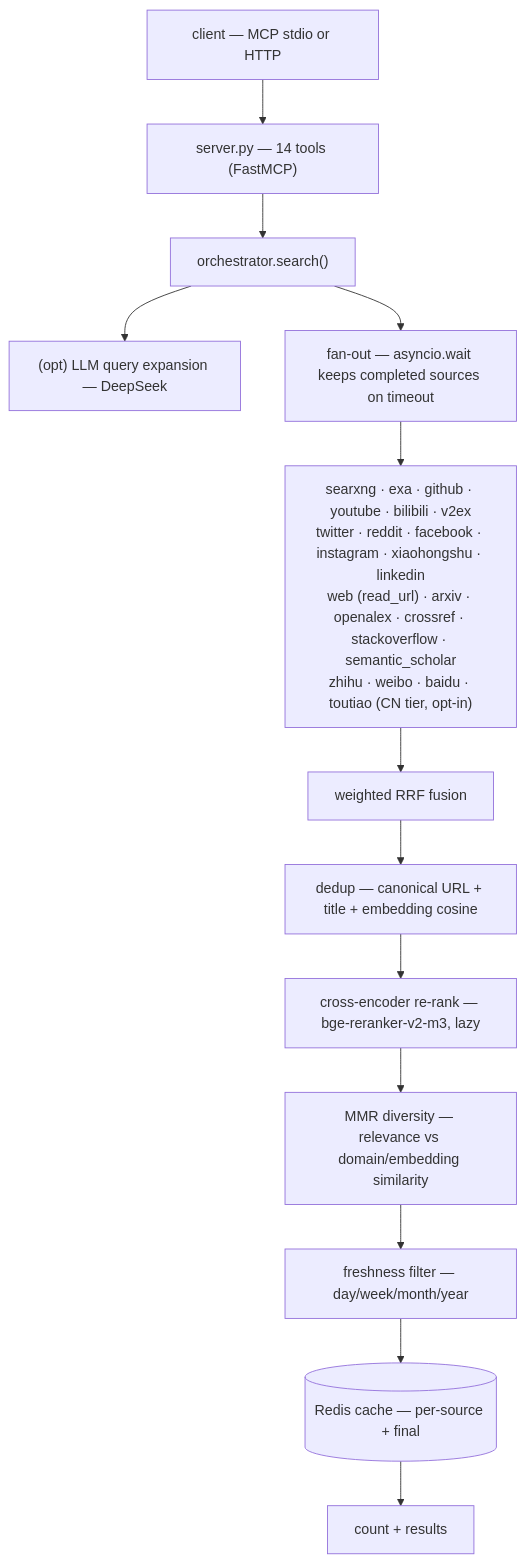
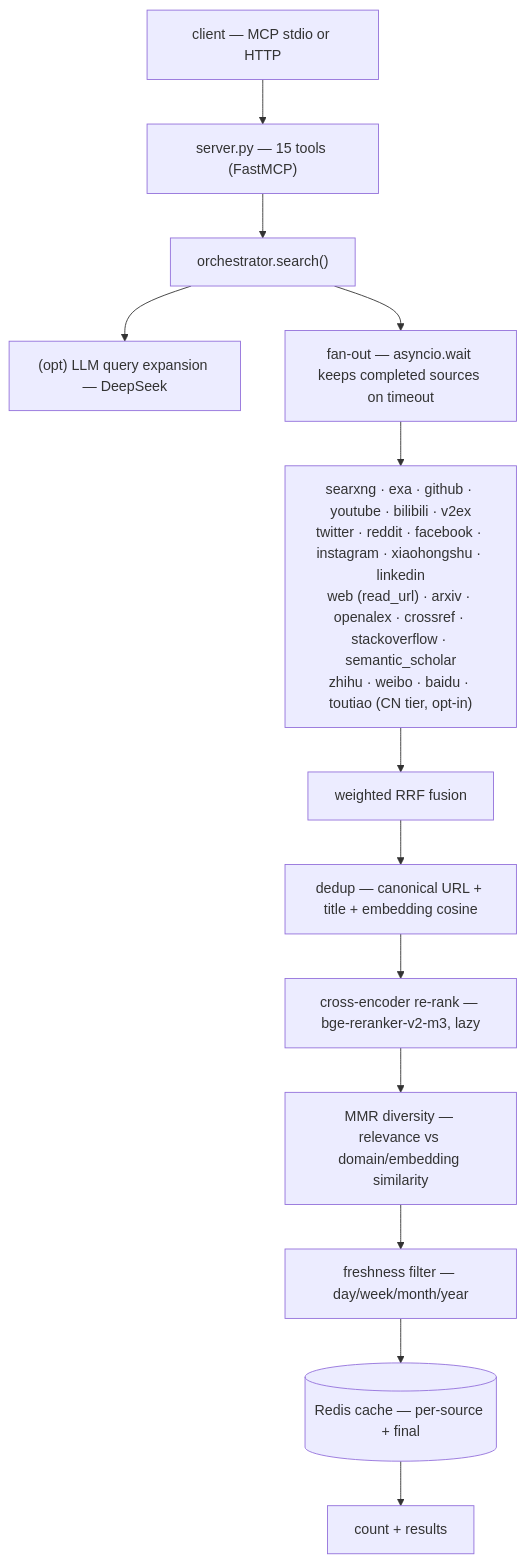
Before and after one commit to kbjama8/search-gateway: the first of 5 diagrams in docs/architecture.md, drawn with Mermaid. The commit also changed other lines of this file and 26 other files, not shown here.

````diff
--- a/docs/architecture.md
+++ b/docs/architecture.md
@@ -14,15 +14,15 @@
 ```mermaid
 flowchart TD
-    C["client — MCP stdio or HTTP"] --> S["server.py — 14 tools (FastMCP)"]
+    C["client — MCP stdio or HTTP"] --> S["server.py — 15 tools (FastMCP)"]
     S --> O["orchestrator.search()"]
     O --> Q["(opt) LLM query expansion — DeepSeek"]
     O --> FA["fan-out — asyncio.wait keeps completed sources on timeout"]
     FA --> SRC["searxng · exa · github · youtube · bilibili · v2ex<br/>twitter · reddit · facebook · instagram · xiaohongshu · linkedin<br/>web (read_url) · arxiv · openalex · crossref · stackoverflow · semantic_scholar<br/>zhihu · weibo · baidu · toutiao (CN tier, opt-in)"]
     SRC --> F["weighted RRF fusion"]
     F --> D["dedup — canonical URL + title + embedding cosine"]
     D --> X["cross-encoder re-rank — bge-reranker-v2-m3, lazy"]
     X --> M["MMR diversity — relevance vs domain/embedding similarity"]
     M --> FR["freshness filter — day/week/month/year"]
     FR --> CA[("Redis cache — per-source + final")]
     CA --> OUT["count + results"]
 ```
````
